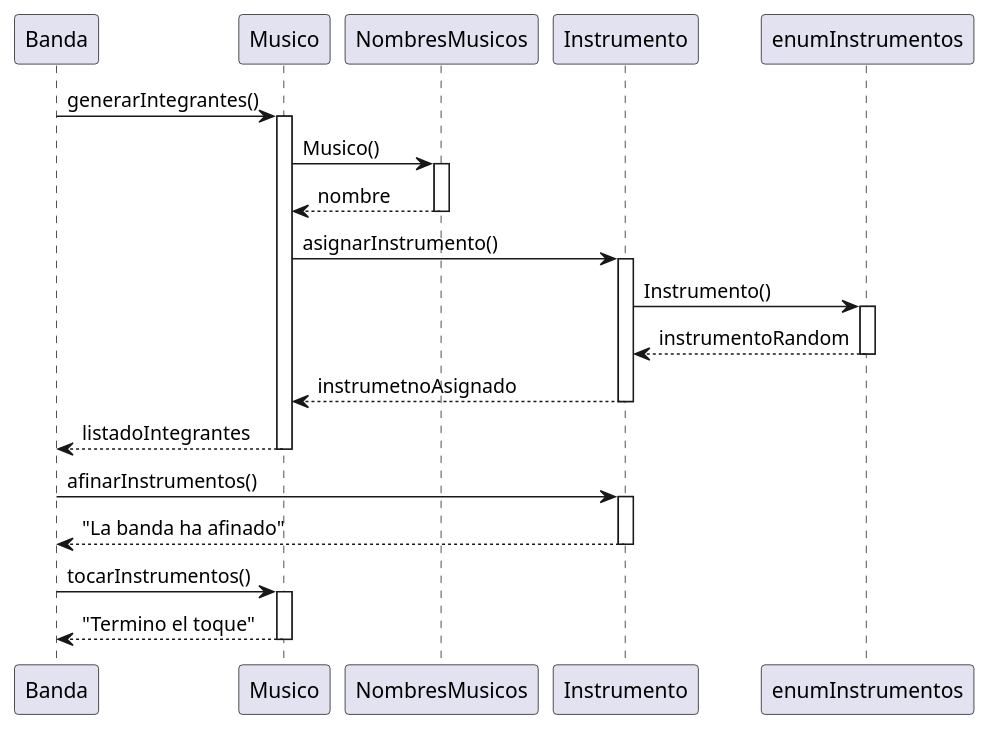
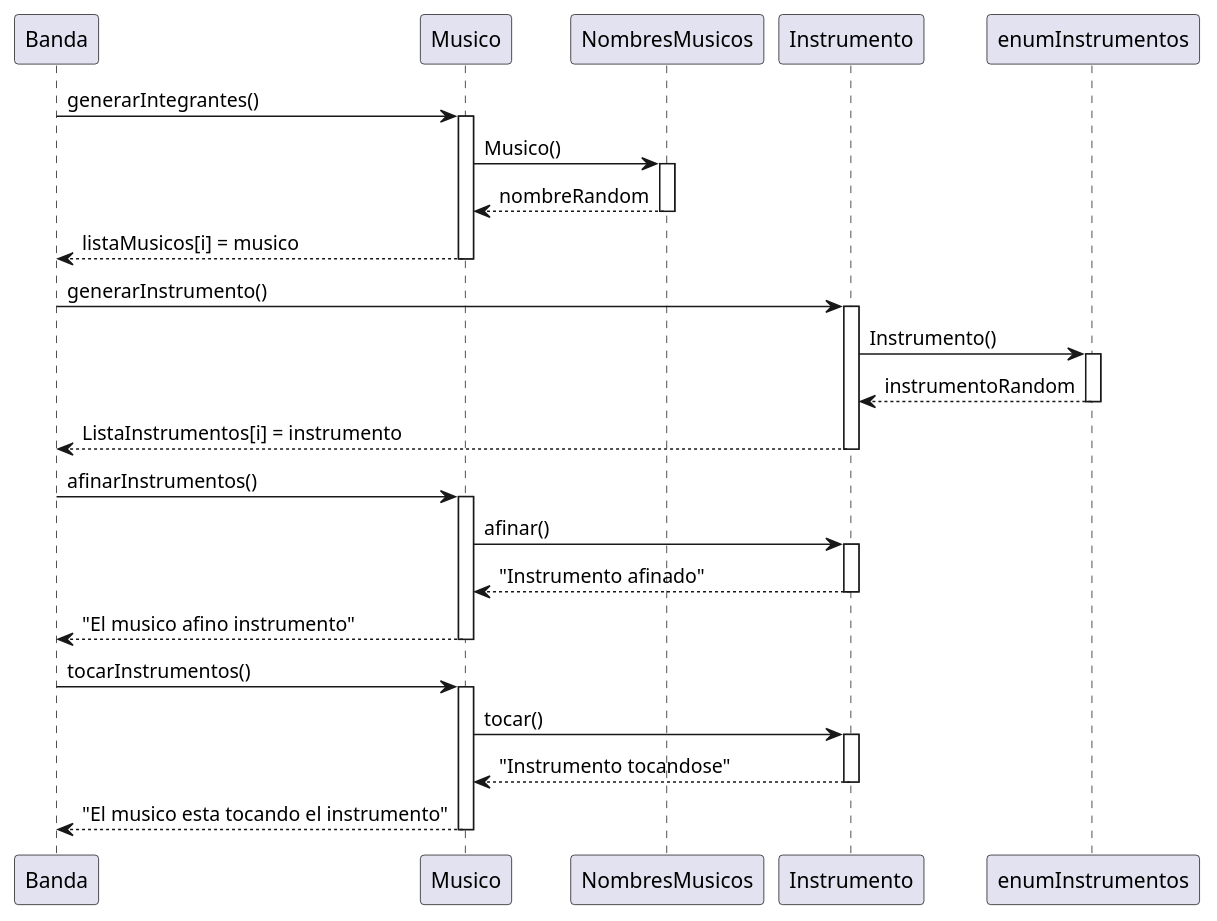
The diagram in UMLBanda/Secuencia.plantuml (Arlo-O/RepoModelosII), drawn with PlantUML before and after one commit. The commit also changed 1 other file, not shown here.

```diff
--- a/UMLBanda/Secuencia.plantuml
+++ b/UMLBanda/Secuencia.plantuml
@@ -1,17 +1,23 @@
 @startuml BandaSecuenciaUML
 
 Banda -> Musico ++: generarIntegrantes()
 Musico -> NombresMusicos ++: Musico()
-return nombre
-Musico -> Instrumento ++: asignarInstrumento()
+return nombreRandom
+return listaMusicos[i] = musico
+Banda -> Instrumento ++: generarInstrumento()
 Instrumento -> enumInstrumentos ++: Instrumento()
 return instrumentoRandom
-return instrumetnoAsignado
-return listadoIntegrantes
+return ListaInstrumentos[i] = instrumento
 
-Banda -> Instrumento ++: afinarInstrumentos()
-return "La banda ha afinado"
+Banda -> Musico ++: afinarInstrumentos()
+Musico -> Instrumento++: afinar()
+return "Instrumento afinado"
+return "El musico afino instrumento"
+
 Banda -> Musico ++: tocarInstrumentos()
-return "Termino el toque"
+Musico -> Instrumento++: tocar()
+return "Instrumento tocandose"
+return "El musico esta tocando el instrumento"
+
 
 @enduml
```
